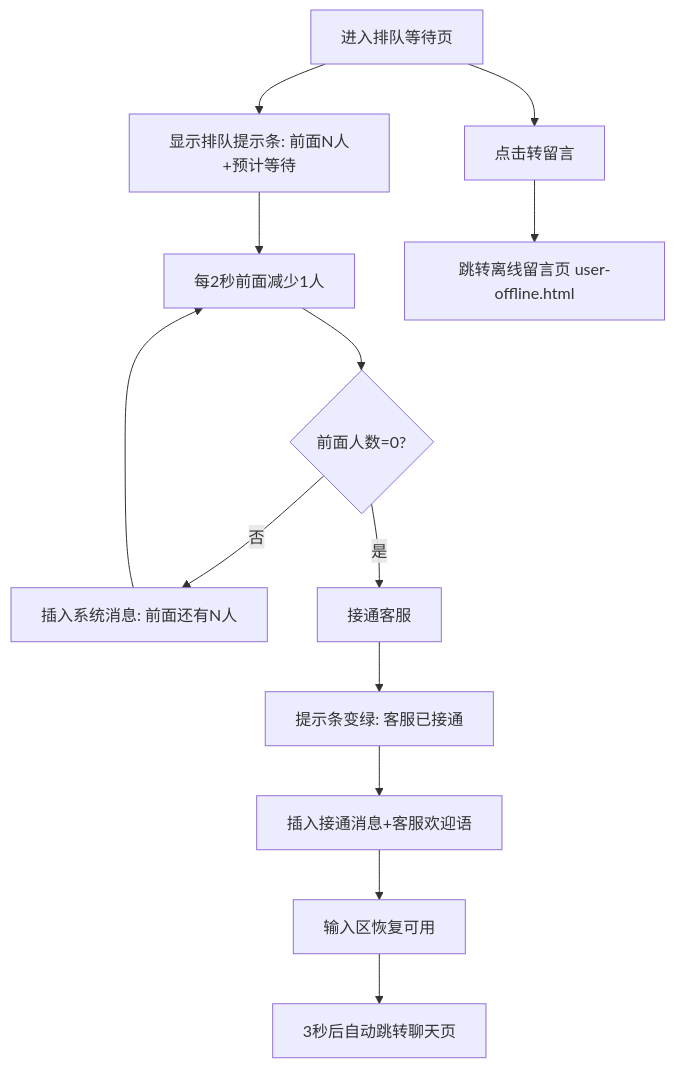
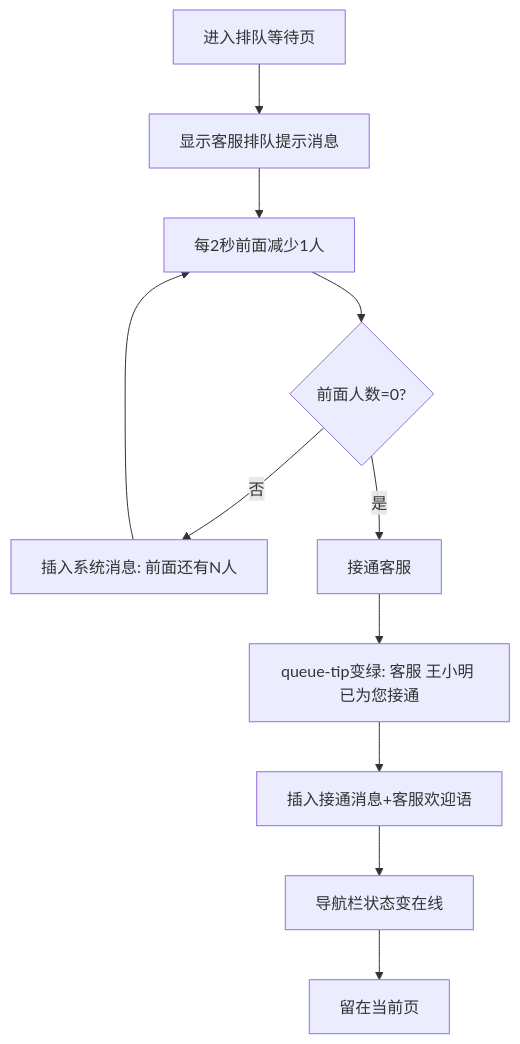
Before and after one commit to lyuxiaohei/OCS: the diagram in prototype-cs/user/PRD/03-1-人工客服排队等待.md, drawn with Mermaid. The commit also changed other lines of this file and 40 other files, not shown here.

Commit message:
feat: 卡片两端统一+订单详情+会话列表高保真+话术库+图片选择器

````diff
--- a/prototype-cs/user/PRD/03-1-人工客服排队等待.md
+++ b/prototype-cs/user/PRD/03-1-人工客服排队等待.md
@@ -25,16 +25,13 @@
 ```mermaid
 flowchart TD
-    A[进入排队等待页] --> B[显示排队提示条: 前面N人+预计等待]
+    A[进入排队等待页] --> B[显示客服排队提示消息]
     B --> C[每2秒前面减少1人]
     C --> D{前面人数=0?}
     D -->|否| E[插入系统消息: 前面还有N人]
     E --> C
     D -->|是| F[接通客服]
-    F --> G[提示条变绿: 客服已接通]
+    F --> G[queue-tip变绿: 客服 王小明 已为您接通]
     G --> H[插入接通消息+客服欢迎语]
-    H --> I[输入区恢复可用]
-    I --> J[3秒后自动跳转聊天页]
-
-    A --> K[点击转留言]
-    K --> L[跳转离线留言页 user-offline.html]
+    H --> I[导航栏状态变在线]
+    I --> J[留在当前页]
 ```
````
